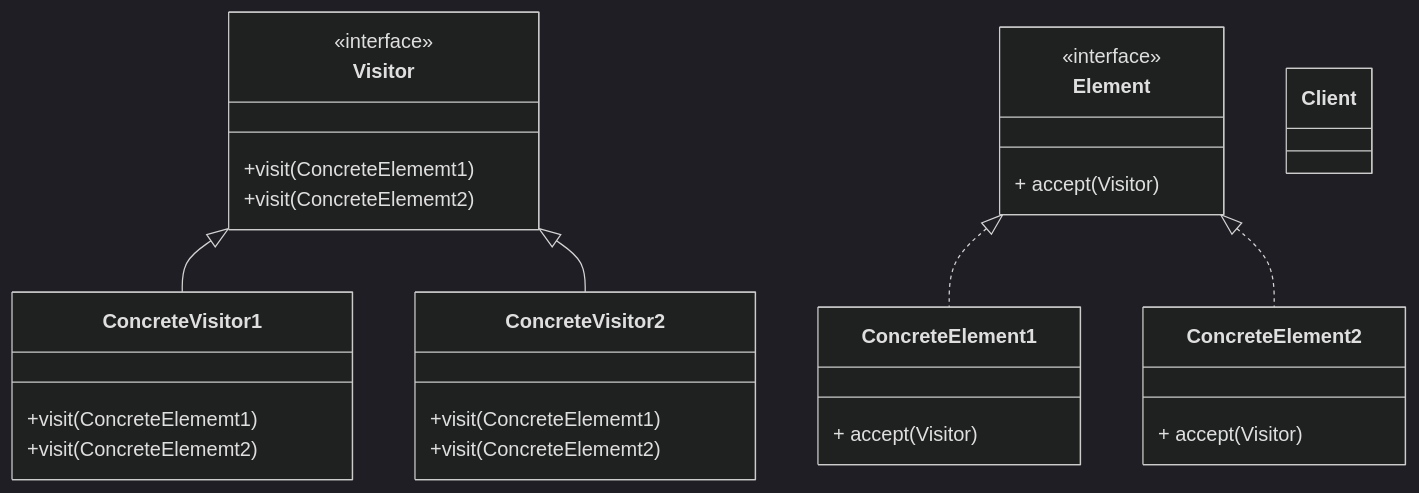
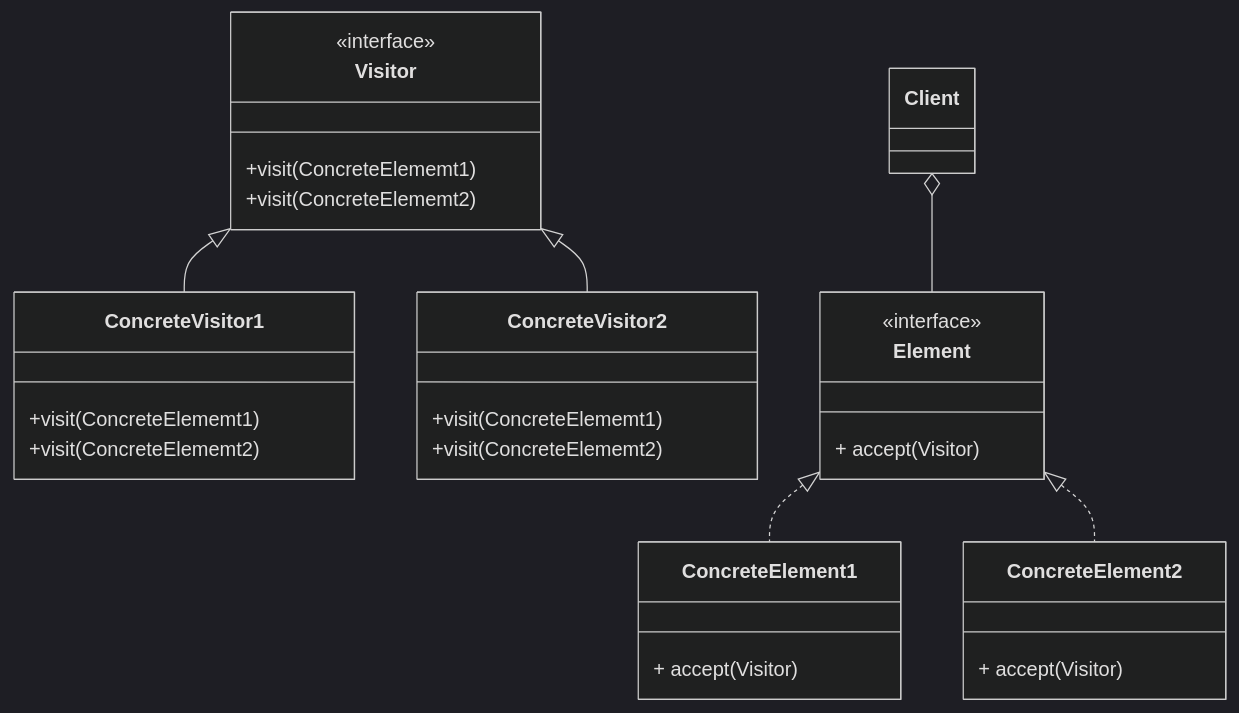
Before and after one commit to tungphan94/DesignPattern: the diagram in BehavioralPatterns/Visitor/README.md, drawn with Mermaid (dark theme).

````diff
--- a/BehavioralPatterns/Visitor/README.md
+++ b/BehavioralPatterns/Visitor/README.md
@@ -9,34 +9,35 @@
 ```mermaid
 classDiagram
 
 
 class Visitor {
           <<interface>>
           +visit(ConcreteElememt1)
           +visit(ConcreteElememt2)
           }
 class ConcreteVisitor1 {
           +visit(ConcreteElememt1)
           +visit(ConcreteElememt2)
           }
 class ConcreteVisitor2 {
           +visit(ConcreteElememt1)
           +visit(ConcreteElememt2)
           }
 class Element {
           <<interface>>
           + accept(Visitor)
           }
 class ConcreteElement1 {
           + accept(Visitor)
           }
 class ConcreteElement2 {
           + accept(Visitor)
           }
 class Client {
           }          
 Visitor  <|-- ConcreteVisitor1
 Visitor  <|-- ConcreteVisitor2
 Element  <|.. ConcreteElement1
 Element  <|.. ConcreteElement2
+Client o-- Element
 ```
````
